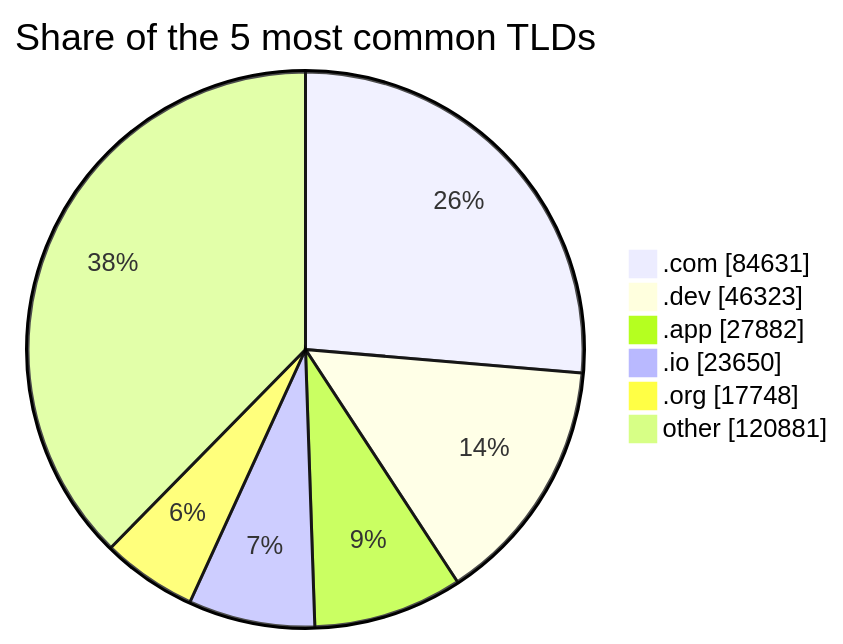
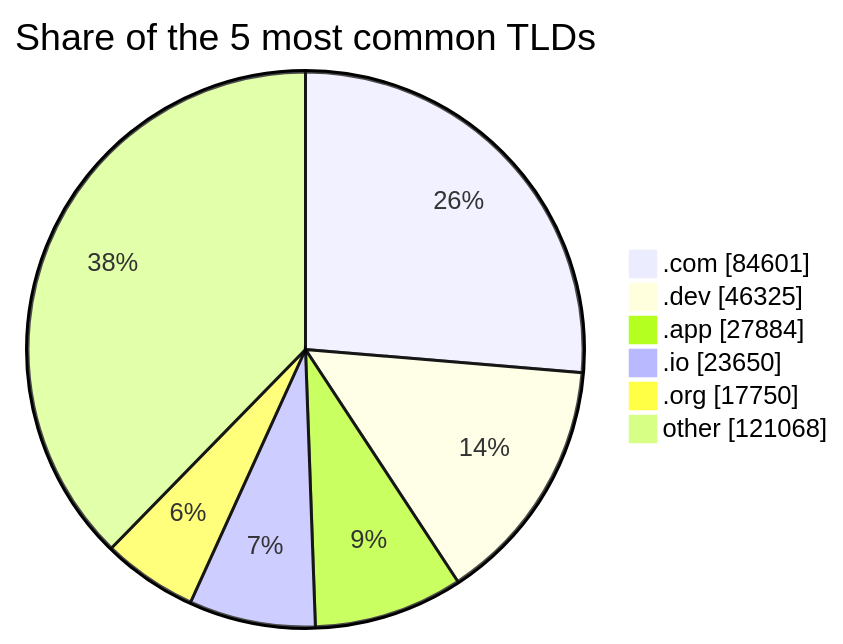
One commit to DNSBunker/CTI changed the third of 3 diagrams in README.md. Above: the diagram before and after it, drawn with Mermaid. The commit also changed other lines of this file and 3 other files, not shown here.

````diff
--- a/README.md
+++ b/README.md
@@ -81,9 +81,9 @@
 ```mermaid
 pie showData title Share of the 5 most common TLDs
-    ".com" : 84631
-    ".dev" : 46323
-    ".app" : 27882
+    ".com" : 84601
+    ".dev" : 46325
+    ".app" : 27884
     ".io" : 23650
-    ".org" : 17748
-    "other" : 120881
+    ".org" : 17750
+    "other" : 121068
 ```
````
